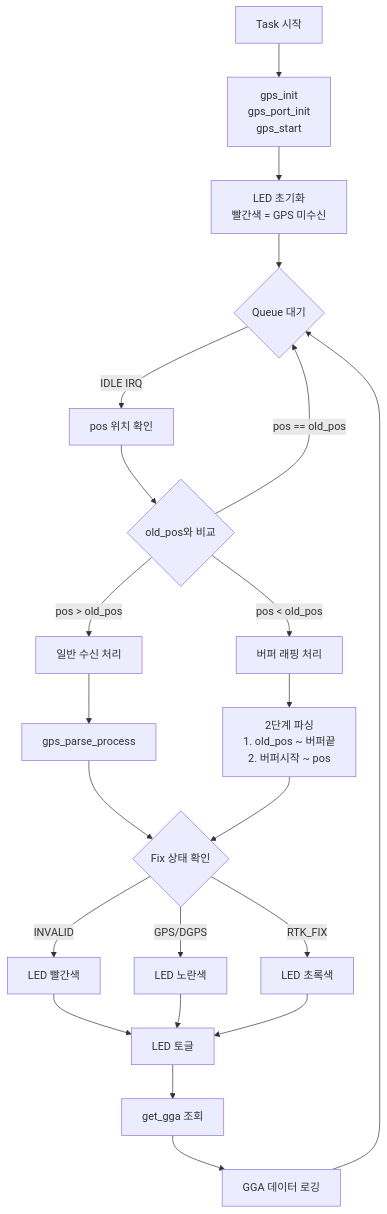
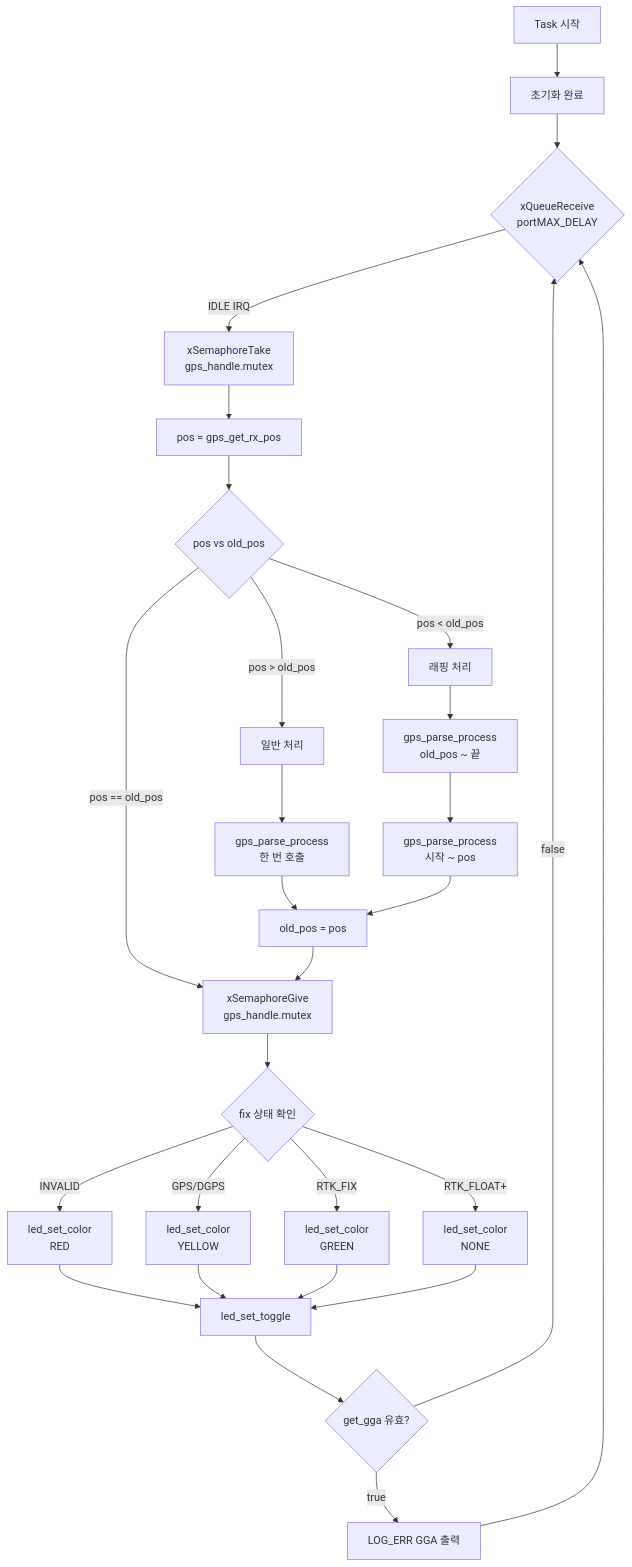
The tenth of 10 diagrams in docs/GPS_LIBRARY.md (mj-kang-iotiz/my_test), drawn with Mermaid before and after one commit. The commit also changed other lines of this file and 2 other files, not shown here.

First line of the commit message:
docs: GPS, GSM, LED 라이브러리 기술 문서 대폭 보강

````diff
--- a/docs/GPS_LIBRARY.md
+++ b/docs/GPS_LIBRARY.md
@@ -425,31 +1117,40 @@
 ```mermaid
 flowchart TD
-    START[Task 시작] --> INIT[gps_init<br/>gps_port_init<br/>gps_start]
-    INIT --> LED[LED 초기화<br/>빨간색 = GPS 미수신]
-    LED --> WAIT{Queue 대기}
+    START[Task 시작] --> INIT[초기화 완료]
+    INIT --> WAIT{xQueueReceive<br/>portMAX_DELAY}
 
-    WAIT -->|IDLE IRQ| CHECK_POS[pos 위치 확인]
-    CHECK_POS --> COMPARE{old_pos와 비교}
+    WAIT -->|IDLE IRQ| MUTEX_TAKE[xSemaphoreTake<br/>gps_handle.mutex]
+    MUTEX_TAKE --> GET_POS[pos = gps_get_rx_pos]
+    GET_POS --> COMPARE{pos vs old_pos}
 
-    COMPARE -->|pos > old_pos| NORMAL[일반 수신 처리]
-    COMPARE -->|pos < old_pos| WRAP[버퍼 래핑 처리]
-    COMPARE -->|pos == old_pos| WAIT
+    COMPARE -->|pos > old_pos| NORMAL[일반 처리]
+    COMPARE -->|pos < old_pos| WRAP[래핑 처리]
+    COMPARE -->|pos == old_pos| MUTEX_GIVE
 
-    NORMAL --> PARSE[gps_parse_process]
-    WRAP --> PARSE_WRAP[2단계 파싱<br/>1. old_pos ~ 버퍼끝<br/>2. 버퍼시작 ~ pos]
+    NORMAL --> PARSE[gps_parse_process<br/>한 번 호출]
+    WRAP --> PARSE_1[gps_parse_process<br/>old_pos ~ 끝]
+    PARSE_1 --> PARSE_2[gps_parse_process<br/>시작 ~ pos]
 
-    PARSE --> UPDATE_LED{Fix 상태 확인}
-    PARSE_WRAP --> UPDATE_LED
+    PARSE --> UPDATE_OLD[old_pos = pos]
+    PARSE_2 --> UPDATE_OLD
 
-    UPDATE_LED -->|INVALID| RED[LED 빨간색]
-    UPDATE_LED -->|GPS/DGPS| YELLOW[LED 노란색]
-    UPDATE_LED -->|RTK_FIX| GREEN[LED 초록색]
+    UPDATE_OLD --> MUTEX_GIVE[xSemaphoreGive<br/>gps_handle.mutex]
 
-    RED --> TOGGLE[LED 토글]
-    YELLOW --> TOGGLE
-    GREEN --> TOGGLE
+    MUTEX_GIVE --> CHECK_FIX{fix 상태 확인}
 
-    TOGGLE --> GET_GGA[get_gga 조회]
-    GET_GGA --> LOG[GGA 데이터 로깅]
+    CHECK_FIX -->|INVALID| LED_RED[led_set_color<br/>RED]
+    CHECK_FIX -->|GPS/DGPS| LED_YELLOW[led_set_color<br/>YELLOW]
+    CHECK_FIX -->|RTK_FIX| LED_GREEN[led_set_color<br/>GREEN]
+    CHECK_FIX -->|RTK_FLOAT+| LED_NONE[led_set_color<br/>NONE]
+
+    LED_RED --> TOGGLE[led_set_toggle]
+    LED_YELLOW --> TOGGLE
+    LED_GREEN --> TOGGLE
+    LED_NONE --> TOGGLE
+
+    TOGGLE --> GET_GGA{get_gga 유효?}
+    GET_GGA -->|true| LOG[LOG_ERR GGA 출력]
+    GET_GGA -->|false| WAIT
+
     LOG --> WAIT
 ```
````
